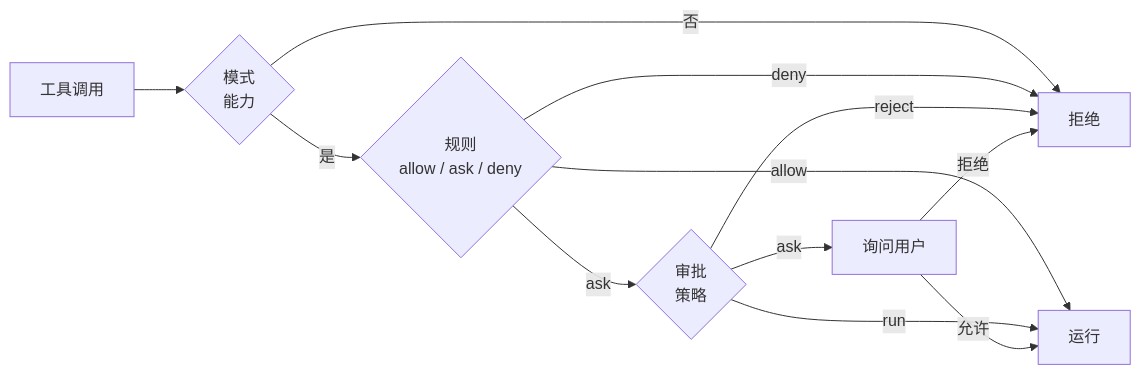
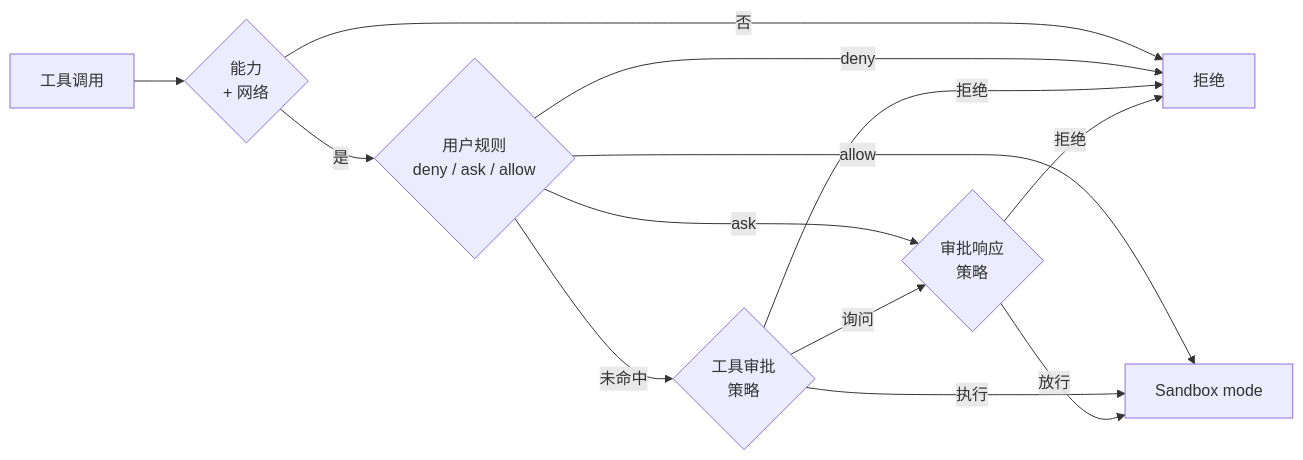
One commit to zeroDtree/comonad-vscode-extension changed the diagram in docs/zh/guide/safety.md. Above: the diagram before and after it, drawn with Mermaid. The commit also changed other lines of this file and 37 other files, not shown here.

````diff
--- a/docs/zh/guide/safety.md
+++ b/docs/zh/guide/safety.md
@@ -5,14 +5,15 @@
 ```mermaid
 flowchart LR
-  Call["工具调用"] --> Mode{"模式<br/>能力"}
-  Mode -->|否| Reject["拒绝"]
-  Mode -->|是| Rule{"规则<br/>allow / ask / deny"}
-  Rule -->|allow| Run["运行"]
+  Call["工具调用"] --> Cap{"能力<br/>+ 网络"}
+  Cap -->|否| Reject["拒绝"]
+  Cap -->|是| Rule{"用户规则<br/>deny / ask / allow"}
   Rule -->|deny| Reject
-  Rule -->|ask| Approval{"审批<br/>策略"}
-  Approval -->|ask| Prompt["询问用户"]
-  Approval -->|run| Run
-  Approval -->|reject| Reject
-  Prompt -->|允许| Run
-  Prompt -->|拒绝| Reject
+  Rule -->|ask| Response{"审批响应<br/>策略"}
+  Rule -->|allow| Sandbox["Sandbox mode"]
+  Rule -->|未命中| Approval{"工具审批<br/>策略"}
+  Approval -->|拒绝| Reject
+  Approval -->|询问| Response
+  Approval -->|执行| Sandbox
+  Response -->|拒绝| Reject
+  Response -->|放行| Sandbox
 ```
````
